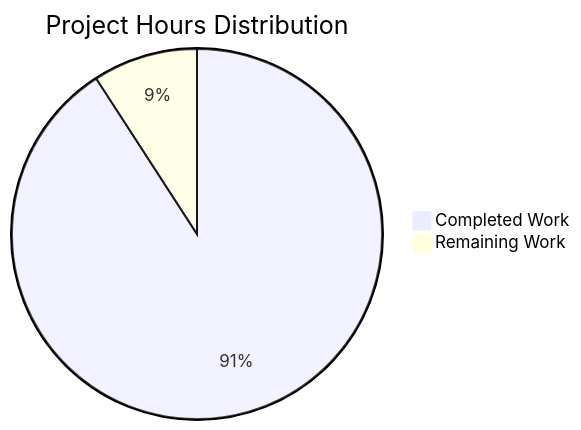
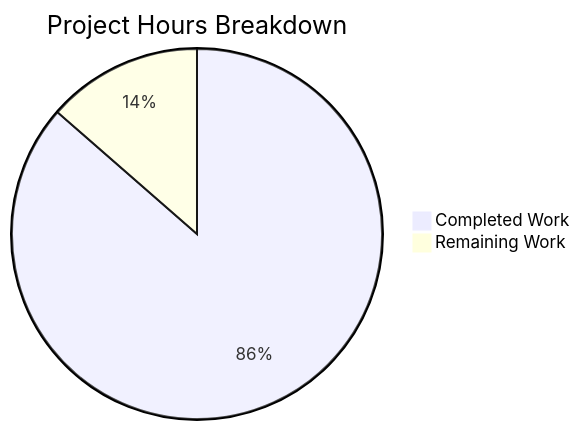
One commit to blitzy-public-samples/blitzy-WebVella-ERP changed the diagram in blitzy/documentation/Project Guide.md. Above: the diagram before and after it, drawn with Mermaid. The commit also changed other lines of this file, not shown here.

Commit message:
Adding Blitzy Project Guide: Project Status and Human Tasks Remaining

````diff
--- a/blitzy/documentation/Project Guide.md
+++ b/blitzy/documentation/Project Guide.md
@@ -24,5 +30,5 @@
 ```mermaid
-pie title Project Hours Distribution
-    "Completed Work" : 268
-    "Remaining Work" : 27
+pie title Project Hours Breakdown
+    "Completed Work" : 350
+    "Remaining Work" : 55
 ```
````
